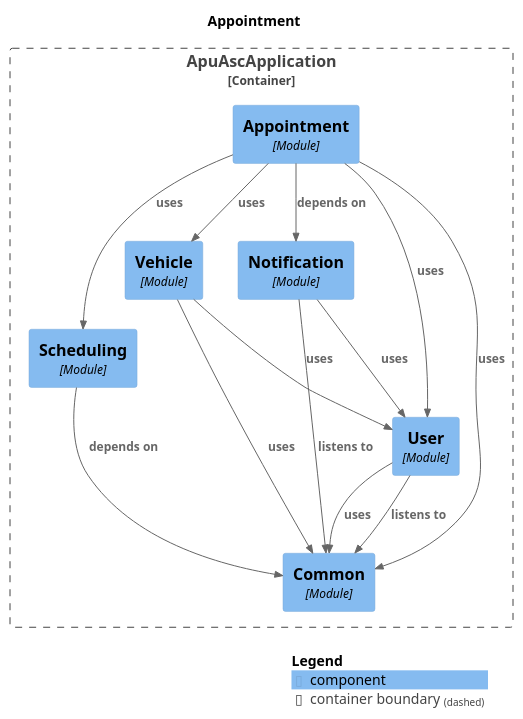
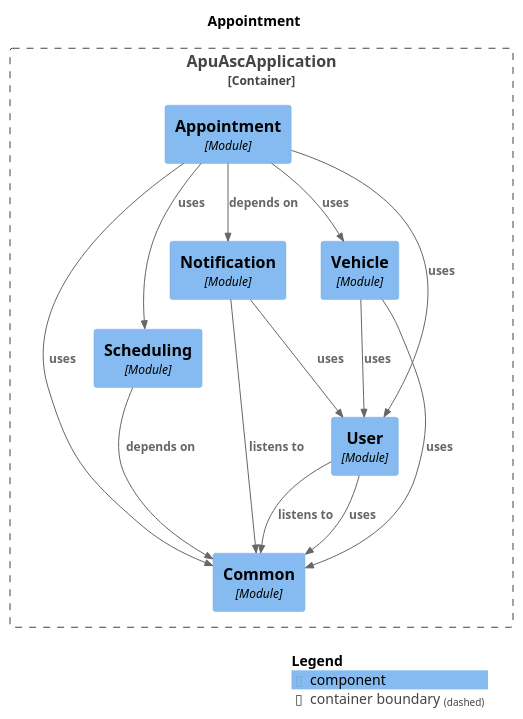
One commit to ryanlau1220/APU-ASC changed the diagram in docs/diagrams/puml/module-appointment.puml. Above: the diagram before and after it, drawn with PlantUML. The commit also changed other lines of this file and 14 other files, not shown here.

Commit message:
reorder C4 component definitions and relationship entries for consistency across module diagrams

```diff
--- a/docs/diagrams/puml/module-appointment.puml
+++ b/docs/diagrams/puml/module-appointment.puml
@@ -1,34 +1,34 @@
 @startuml
 set separator none
 title Appointment
 
 top to bottom direction
 
 !include <C4/C4>
 !include <C4/C4_Context>
 !include <C4/C4_Component>
 
 Container_Boundary("ApuAscApplication.ApuAscApplication_boundary", "ApuAscApplication", $tags="") {
+  Component(ApuAscApplication.ApuAscApplication.Appointment, "Appointment", $techn="Module", $descr="", $tags="", $link="")
+  Component(ApuAscApplication.ApuAscApplication.Common, "Common", $techn="Module", $descr="", $tags="", $link="")
+  Component(ApuAscApplication.ApuAscApplication.Notification, "Notification", $techn="Module", $descr="", $tags="", $link="")
   Component(ApuAscApplication.ApuAscApplication.Scheduling, "Scheduling", $techn="Module", $descr="", $tags="", $link="")
   Component(ApuAscApplication.ApuAscApplication.User, "User", $techn="Module", $descr="", $tags="", $link="")
-  Component(ApuAscApplication.ApuAscApplication.Appointment, "Appointment", $techn="Module", $descr="", $tags="", $link="")
   Component(ApuAscApplication.ApuAscApplication.Vehicle, "Vehicle", $techn="Module", $descr="", $tags="", $link="")
-  Component(ApuAscApplication.ApuAscApplication.Notification, "Notification", $techn="Module", $descr="", $tags="", $link="")
-  Component(ApuAscApplication.ApuAscApplication.Common, "Common", $techn="Module", $descr="", $tags="", $link="")
 }
 
+Rel(ApuAscApplication.ApuAscApplication.Appointment, ApuAscApplication.ApuAscApplication.Common, "uses", $techn="", $tags="", $link="")
 Rel(ApuAscApplication.ApuAscApplication.Appointment, ApuAscApplication.ApuAscApplication.Notification, "depends on", $techn="", $tags="", $link="")
+Rel(ApuAscApplication.ApuAscApplication.Appointment, ApuAscApplication.ApuAscApplication.Scheduling, "uses", $techn="", $tags="", $link="")
+Rel(ApuAscApplication.ApuAscApplication.Appointment, ApuAscApplication.ApuAscApplication.User, "uses", $techn="", $tags="", $link="")
 Rel(ApuAscApplication.ApuAscApplication.Appointment, ApuAscApplication.ApuAscApplication.Vehicle, "uses", $techn="", $tags="", $link="")
-Rel(ApuAscApplication.ApuAscApplication.Appointment, ApuAscApplication.ApuAscApplication.User, "uses", $techn="", $tags="", $link="")
-Rel(ApuAscApplication.ApuAscApplication.Appointment, ApuAscApplication.ApuAscApplication.Common, "uses", $techn="", $tags="", $link="")
-Rel(ApuAscApplication.ApuAscApplication.Appointment, ApuAscApplication.ApuAscApplication.Scheduling, "uses", $techn="", $tags="", $link="")
-Rel(ApuAscApplication.ApuAscApplication.Vehicle, ApuAscApplication.ApuAscApplication.User, "uses", $techn="", $tags="", $link="")
-Rel(ApuAscApplication.ApuAscApplication.Vehicle, ApuAscApplication.ApuAscApplication.Common, "uses", $techn="", $tags="", $link="")
 Rel(ApuAscApplication.ApuAscApplication.Notification, ApuAscApplication.ApuAscApplication.Common, "listens to", $techn="", $tags="", $link="")
 Rel(ApuAscApplication.ApuAscApplication.Notification, ApuAscApplication.ApuAscApplication.User, "uses", $techn="", $tags="", $link="")
+Rel(ApuAscApplication.ApuAscApplication.Scheduling, ApuAscApplication.ApuAscApplication.Common, "depends on", $techn="", $tags="", $link="")
 Rel(ApuAscApplication.ApuAscApplication.User, ApuAscApplication.ApuAscApplication.Common, "listens to", $techn="", $tags="", $link="")
 Rel(ApuAscApplication.ApuAscApplication.User, ApuAscApplication.ApuAscApplication.Common, "uses", $techn="", $tags="", $link="")
-Rel(ApuAscApplication.ApuAscApplication.Scheduling, ApuAscApplication.ApuAscApplication.Common, "depends on", $techn="", $tags="", $link="")
+Rel(ApuAscApplication.ApuAscApplication.Vehicle, ApuAscApplication.ApuAscApplication.Common, "uses", $techn="", $tags="", $link="")
+Rel(ApuAscApplication.ApuAscApplication.Vehicle, ApuAscApplication.ApuAscApplication.User, "uses", $techn="", $tags="", $link="")
 
 SHOW_LEGEND(true)
 @enduml
```
